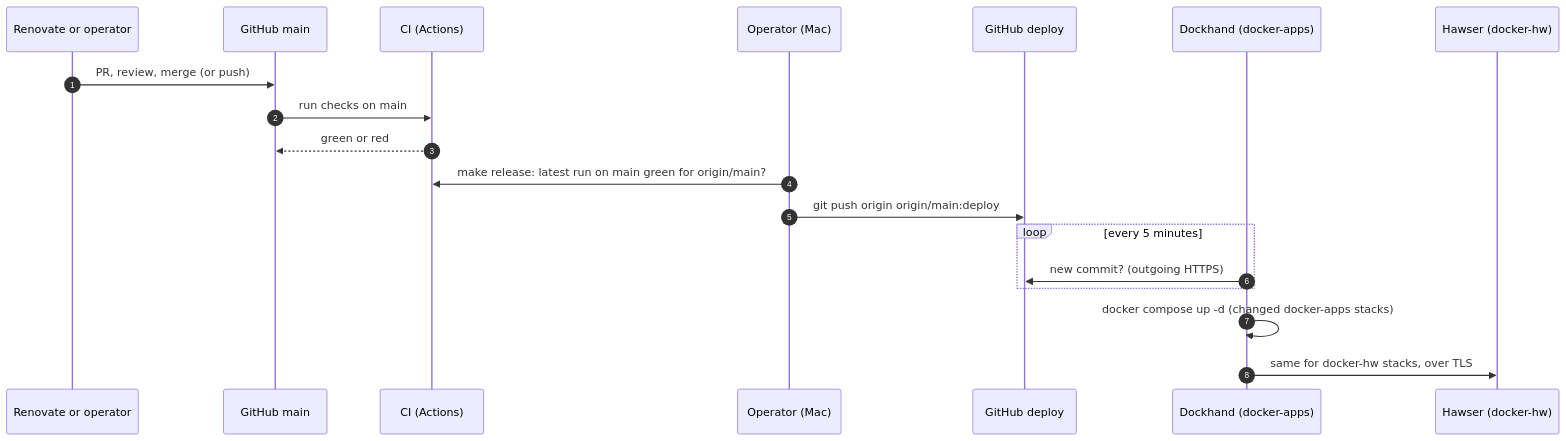
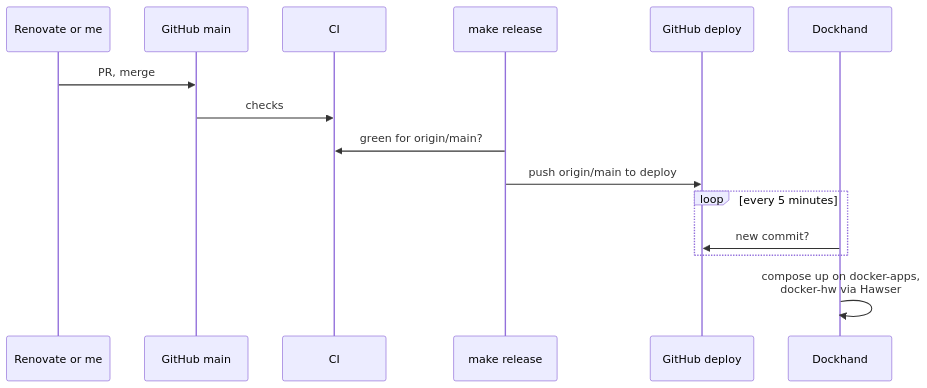
The fourth of 4 diagrams in docs/architecture.md (atahan99/proxmox-infra-iac), drawn with Mermaid before and after one commit. The commit also changed other lines of this file and 17 other files, not shown here.

````diff
--- a/docs/architecture.md
+++ b/docs/architecture.md
@@ -202,21 +131,17 @@
 ```mermaid
 sequenceDiagram
-  autonumber
-  participant R as Renovate or operator
+  participant R as Renovate or me
   participant G as GitHub main
-  participant C as CI (Actions)
-  participant Y as Operator (Mac)
+  participant C as CI
+  participant M as make release
   participant B as GitHub deploy
-  participant D as Dockhand (docker-apps)
-  participant H as Hawser (docker-hw)
-  R->>G: PR, review, merge (or push)
-  G->>C: run checks on main
-  C-->>G: green or red
-  Y->>C: make release: latest run on main green for origin/main?
-  Y->>B: git push origin origin/main:deploy
+  participant D as Dockhand
+  R->>G: PR, merge
+  G->>C: checks
+  M->>C: green for origin/main?
+  M->>B: push origin/main to deploy
   loop every 5 minutes
-    D->>B: new commit? (outgoing HTTPS)
+    D->>B: new commit?
   end
-  D->>D: docker compose up -d (changed docker-apps stacks)
-  D->>H: same for docker-hw stacks, over TLS
+  D->>D: compose up on docker-apps,<br/>docker-hw via Hawser
 ```
````
